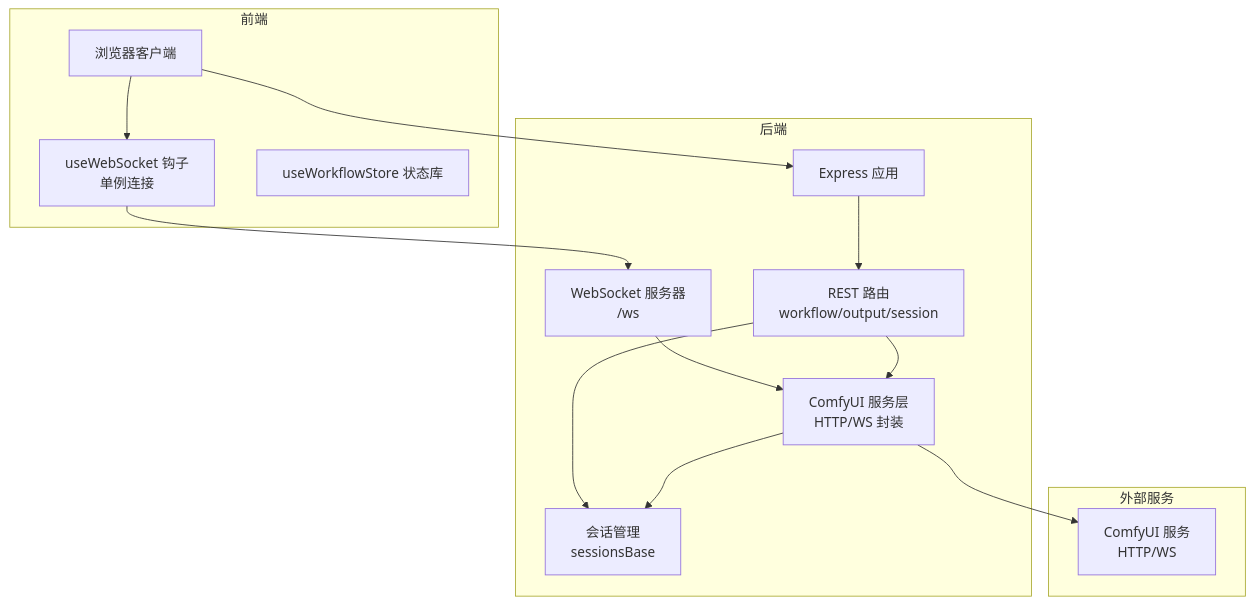
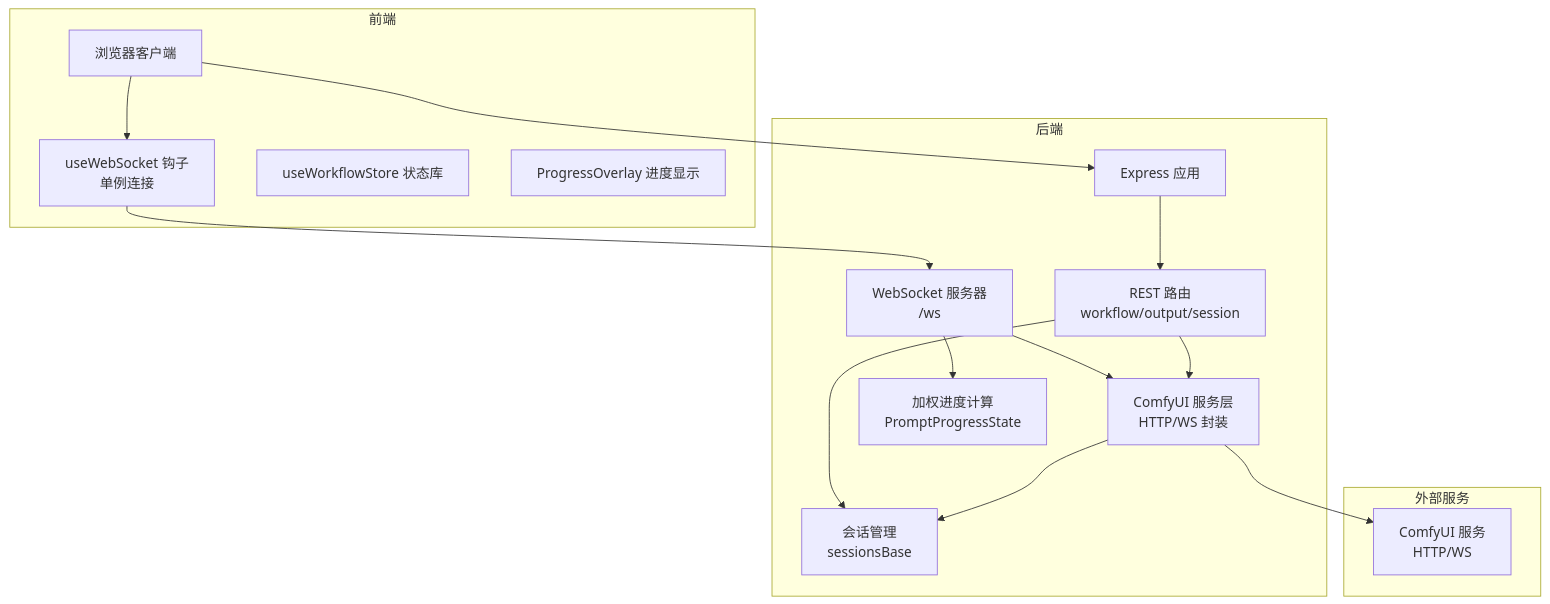
Before and after one commit to billye220670/CorineKit_Pix2Real: the first of 6 diagrams in .qoder/repowiki/zh/content/后端服务/ComfyUI 集成.md, drawn with Mermaid. The commit also changed other lines of this file and 13 other files, not shown here.

````diff
--- a/.qoder/repowiki/zh/content/后端服务/ComfyUI 集成.md
+++ b/.qoder/repowiki/zh/content/后端服务/ComfyUI 集成.md
@@ -47,27 +58,30 @@
 ```mermaid
 graph TB
 subgraph "前端"
 FE_Client["浏览器客户端"]
 FE_WS["useWebSocket 钩子<br/>单例连接"]
 FE_Store["useWorkflowStore 状态库"]
+FE_Progress["ProgressOverlay 进度显示"]
 end
 subgraph "后端"
 BE_Express["Express 应用"]
 BE_WS["WebSocket 服务器<br/>/ws"]
 BE_Routes["REST 路由<br/>workflow/output/session"]
 BE_Services["ComfyUI 服务层<br/>HTTP/WS 封装"]
 BE_Session["会话管理<br/>sessionsBase"]
+BE_Progress["加权进度计算<br/>PromptProgressState"]
 end
 subgraph "外部服务"
 COMFY["ComfyUI 服务<br/>HTTP/WS"]
 end
 FE_Client --> FE_WS
 FE_WS --> BE_WS
 BE_WS --> BE_Services
 BE_Services --> COMFY
 FE_Client --> BE_Express
 BE_Express --> BE_Routes
 BE_Routes --> BE_Services
 BE_Routes --> BE_Session
 BE_Services --> BE_Session
+BE_WS --> BE_Progress
 ```
````
